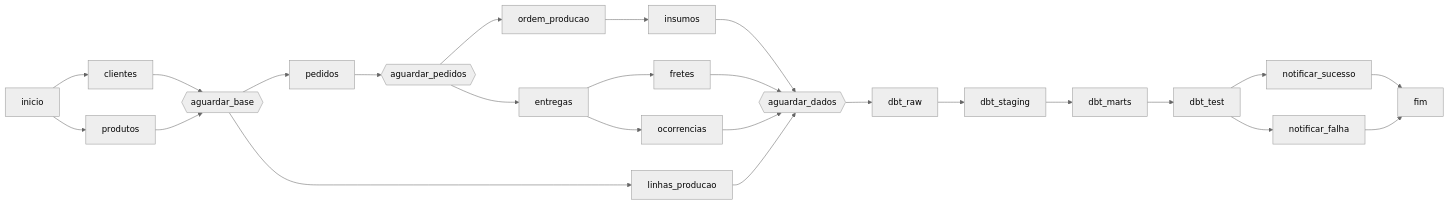
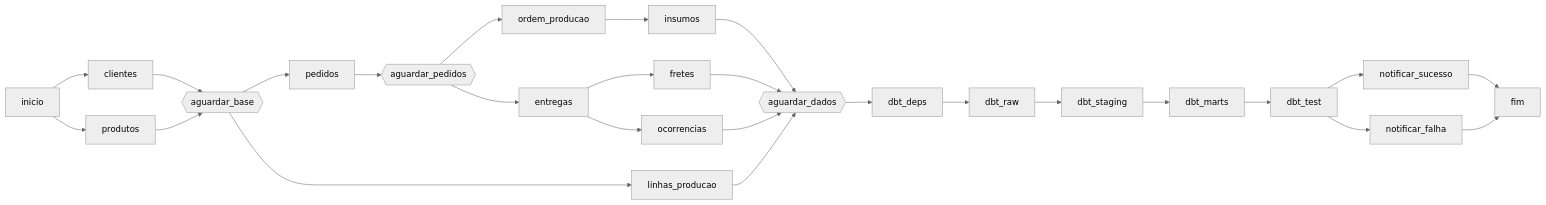
One commit to Fischerlopes/pipeline_completo changed the second of 2 diagrams in README.md. Above: the diagram before and after it, drawn with Mermaid (neutral theme). The commit also changed other lines of this file and 8 other files, not shown here.

````diff
--- a/README.md
+++ b/README.md
@@ -44,14 +44,14 @@
 ```mermaid
 flowchart LR
     inicio --> clientes & produtos
     clientes & produtos --> base{{aguardar_base}}
     base --> pedidos & linhas[linhas_producao]
     pedidos --> ped{{aguardar_pedidos}}
     ped --> ordens[ordem_producao] & entregas
     ordens --> insumos
     entregas --> fretes & ocorrencias
     insumos & fretes & ocorrencias & linhas --> dados{{aguardar_dados}}
-    dados --> dbt_raw --> dbt_staging --> dbt_marts --> dbt_test
+    dados --> dbt_deps --> dbt_raw --> dbt_staging --> dbt_marts --> dbt_test
     dbt_test --> sucesso[notificar_sucesso] & falha[notificar_falha]
     sucesso & falha --> fim
 ```
````
